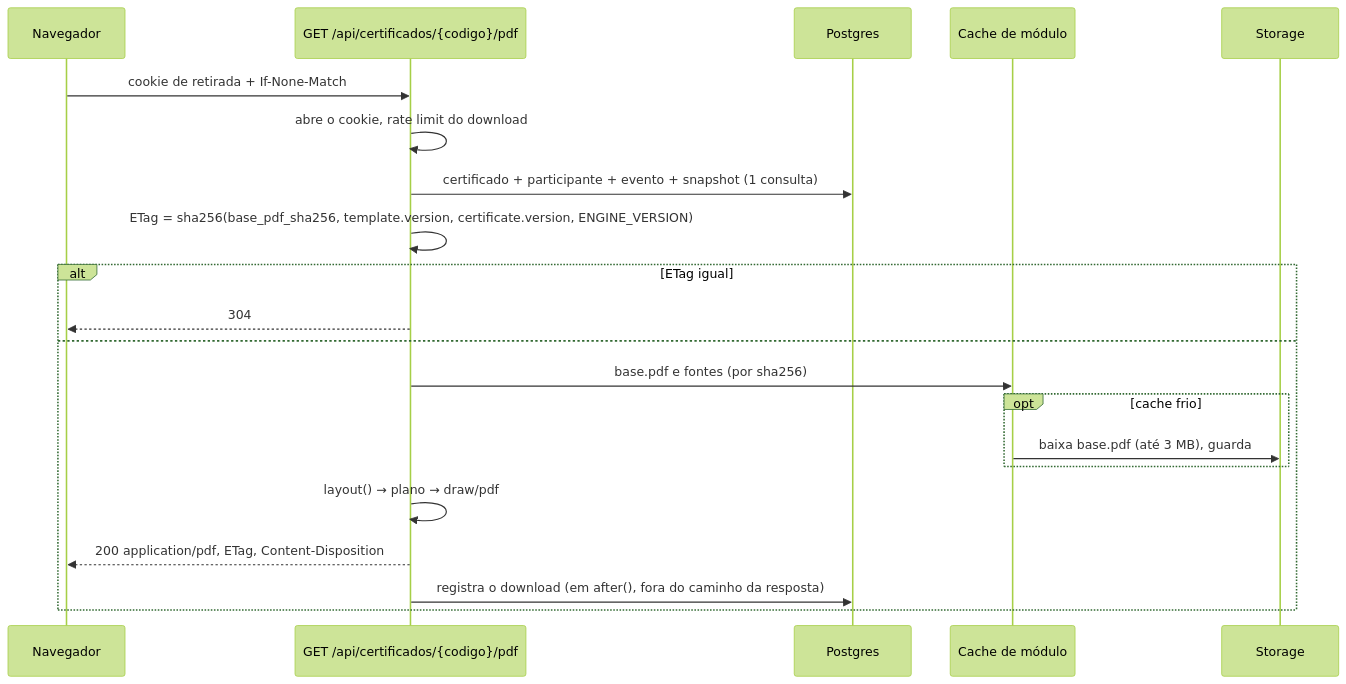
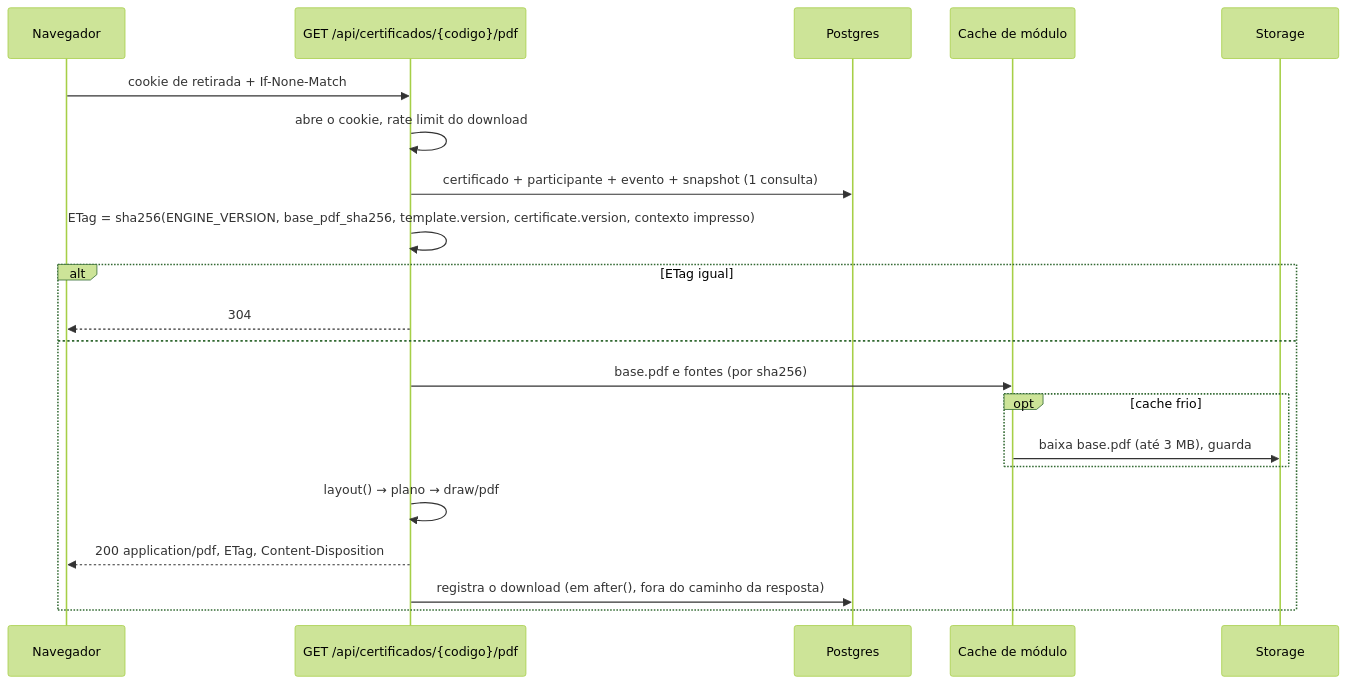
The diagram in docs/05-motor-de-certificados.md (Coding-Ferpa/eventos), drawn with Mermaid (forest theme) before and after one commit. The commit also changed other lines of this file and 4 other files, not shown here.

First line of the commit message:
feat(certificate): ETag do PDF e as duas portas do motor

````diff
--- a/docs/05-motor-de-certificados.md
+++ b/docs/05-motor-de-certificados.md
@@ -289,24 +289,24 @@
 ```mermaid
 sequenceDiagram
     participant B as Navegador
     participant R as GET /api/certificados/{codigo}/pdf
     participant DB as Postgres
     participant C as Cache de módulo
     participant S as Storage
 
     B->>R: cookie de retirada + If-None-Match
     R->>R: abre o cookie, rate limit do download
     R->>DB: certificado + participante + evento + snapshot (1 consulta)
-    R->>R: ETag = sha256(base_pdf_sha256, template.version, certificate.version, ENGINE_VERSION)
+    R->>R: ETag = sha256(ENGINE_VERSION, base_pdf_sha256, template.version, certificate.version, contexto impresso)
     alt ETag igual
         R-->>B: 304
     else
         R->>C: base.pdf e fontes (por sha256)
         opt cache frio
             C->>S: baixa base.pdf (até 3 MB), guarda
         end
         R->>R: layout() → plano → draw/pdf
         R-->>B: 200 application/pdf, ETag, Content-Disposition
         R->>DB: registra o download (em after(), fora do caminho da resposta)
     end
 ```
````
